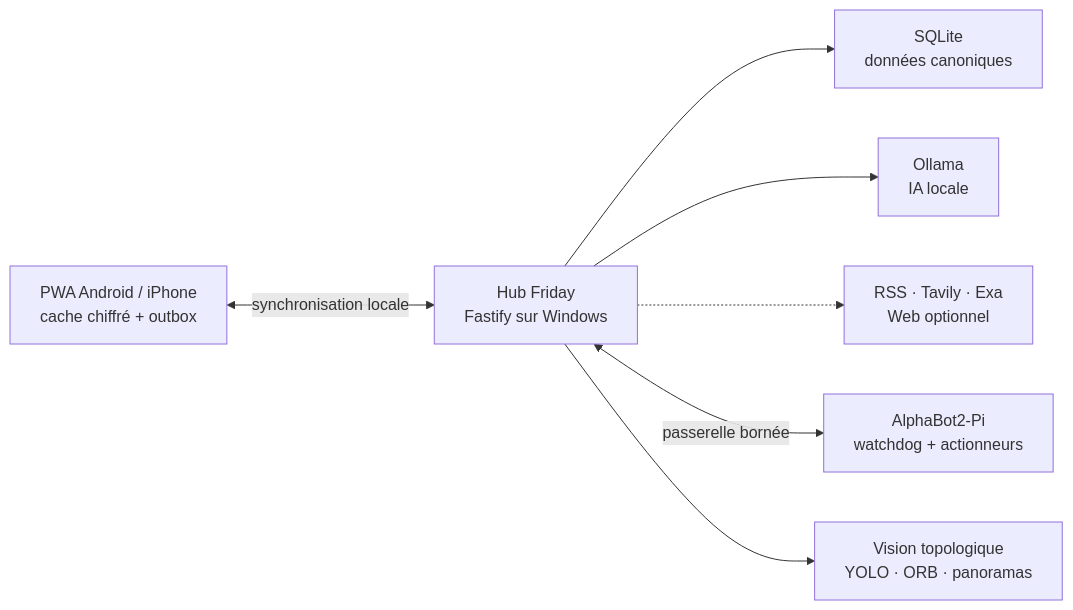
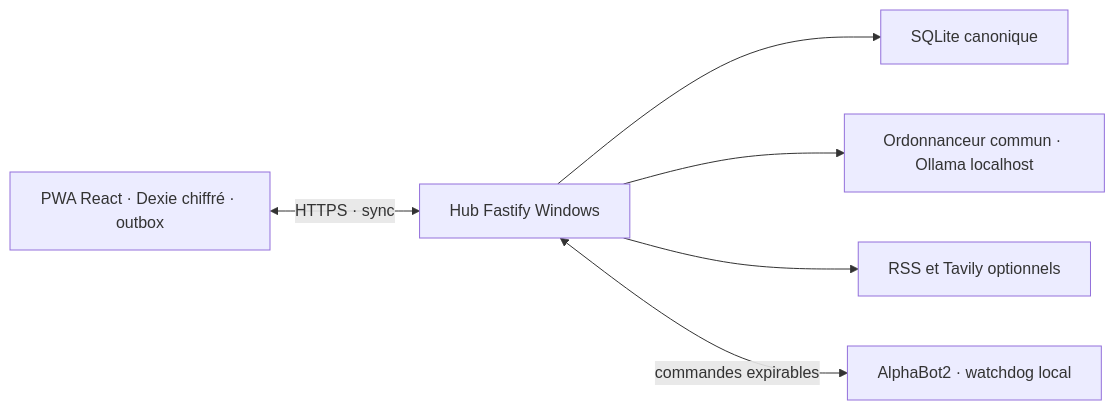
The diagram in README.md (Sharpsou/friday), drawn with Mermaid before and after one commit. The commit also changed other lines of this file and 143 other files, not shown here.

````diff
--- a/README.md
+++ b/README.md
@@ -48,9 +78,8 @@
 ```mermaid
 flowchart LR
-    A["PWA Android / iPhone\ncache chiffré + outbox"] <-->|"synchronisation locale"| H["Hub Friday\nFastify sur Windows"]
-    H --> D["SQLite\ndonnées canoniques"]
-    H --> O["Ollama\nIA locale"]
-    H -.-> W["RSS · Tavily · Exa\nWeb optionnel"]
-    H <-->|"passerelle bornée"| R["AlphaBot2-Pi\nwatchdog + actionneurs"]
-    H --> V["Vision topologique\nYOLO · ORB · panoramas"]
+    P["PWA React · Dexie chiffré · outbox"] <-->|"HTTPS · sync"| H["Hub Fastify Windows"]
+    H --> S["SQLite canonique"]
+    H --> I["Ordonnanceur commun · Ollama localhost"]
+    H --> W["RSS et Tavily optionnels"]
+    H <-->|"commandes expirables"| R["AlphaBot2 · watchdog local"]
 ```
````
